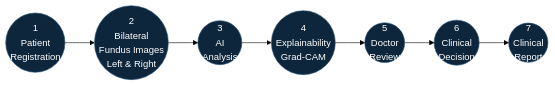
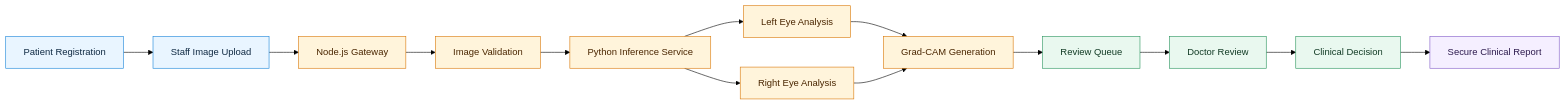
The first of 2 diagrams in README.md (SudarshanSingh1/DR-Screening-System), drawn with Mermaid (forest theme) before and after one commit. The commit also changed other lines of this file and 3 other files, not shown here.

````diff
--- a/README.md
+++ b/README.md
@@ -42,17 +91,24 @@
 ```mermaid
 flowchart LR
-    A((1<br/>Patient<br/>Registration)) --> B((2<br/>Bilateral<br/>Fundus Images<br/>Left & Right))
-    B --> C((3<br/>AI<br/>Analysis))
-    C --> D((4<br/>Explainability<br/>Grad-CAM))
-    D --> E((5<br/>Doctor<br/>Review))
-    E --> F((6<br/>Clinical<br/>Decision))
-    F --> G((7<br/>Clinical<br/>Report))
-    
-    style A fill:#0d263b,stroke:#2a527b,color:#fff
-    style B fill:#0d263b,stroke:#2a527b,color:#fff
-    style C fill:#0d263b,stroke:#2a527b,color:#fff
-    style D fill:#0d263b,stroke:#2a527b,color:#fff
-    style E fill:#0d263b,stroke:#2a527b,color:#fff
-    style F fill:#0d263b,stroke:#2a527b,color:#fff
-    style G fill:#0d263b,stroke:#2a527b,color:#fff
+  A[Patient Registration] --> B[Staff Image Upload]
+  B --> C[Node.js Gateway]
+  C --> D[Image Validation]
+  D --> E[Python Inference Service]
+  E --> F[Left Eye Analysis]
+  E --> G[Right Eye Analysis]
+  F --> H[Grad-CAM Generation]
+  G --> H
+  H --> I[Review Queue]
+  I --> J[Doctor Review]
+  J --> K[Clinical Decision]
+  K --> L[Secure Clinical Report]
+
+  classDef input fill:#e9f5ff,stroke:#1683d8,color:#102a43
+  classDef processing fill:#fff4db,stroke:#d97706,color:#4a2600
+  classDef review fill:#e9f8ef,stroke:#27945b,color:#123b25
+  classDef output fill:#f5efff,stroke:#815ac7,color:#2d1b4e
+  class A,B input
+  class C,D,E,F,G,H processing
+  class I,J,K review
+  class L output
 ```
````
